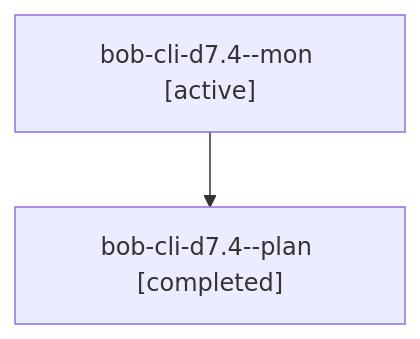
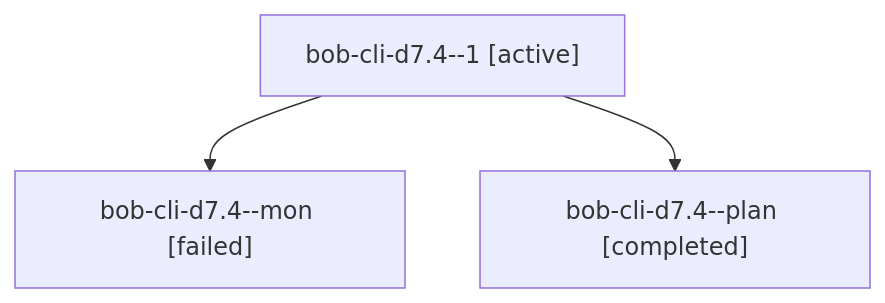
One commit to bobs-org/bob-cli--agents changed the diagram in sessions/bbugyi200.athena.bob-cli-d7.4.md. Above: the diagram before and after it, drawn with Mermaid. The commit also changed other lines of this file and 27 other files, not shown here.

````diff
--- a/sessions/bbugyi200.athena.bob-cli-d7.4.md
+++ b/sessions/bbugyi200.athena.bob-cli-d7.4.md
@@ -9,6 +9,8 @@
 ```mermaid
 flowchart TD
-  n0["bob-cli-d7.4--mon [active]"]
-  n1["bob-cli-d7.4--plan [completed]"]
+  n0["bob-cli-d7.4--1 [active]"]
+  n1["bob-cli-d7.4--mon [failed]"]
   n0 --> n1
+  n2["bob-cli-d7.4--plan [completed]"]
+  n0 --> n2
 ```
````
